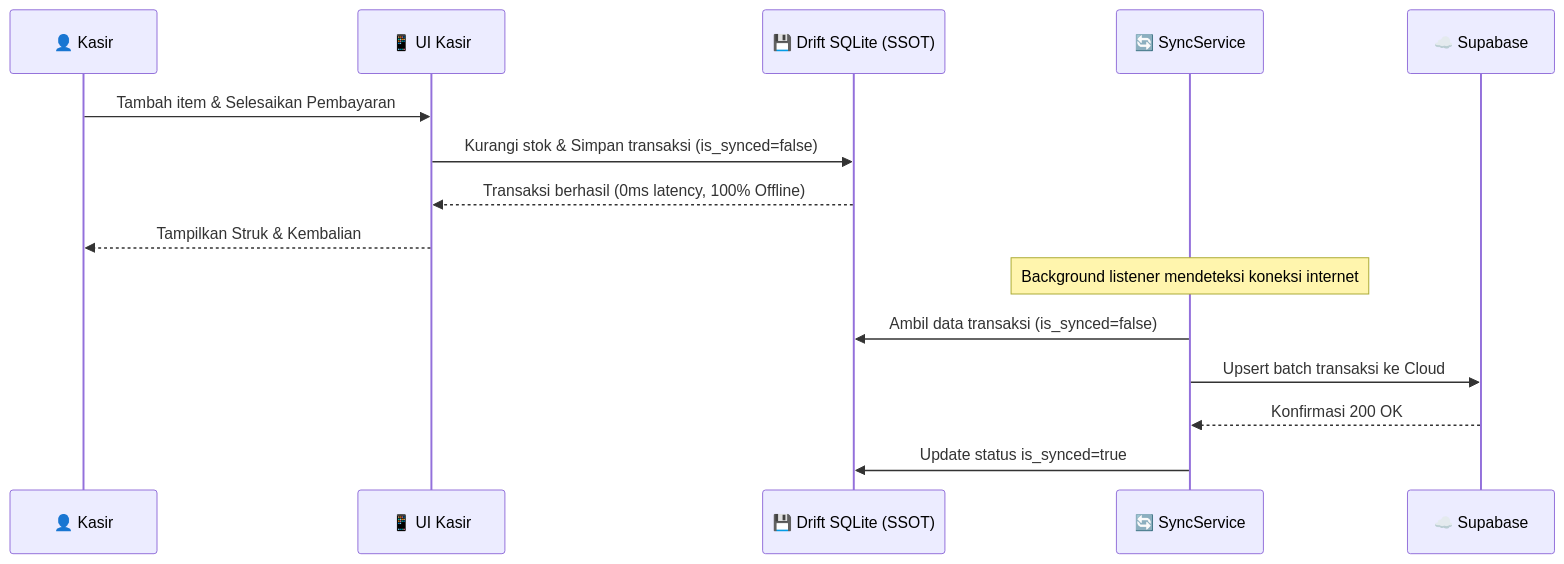
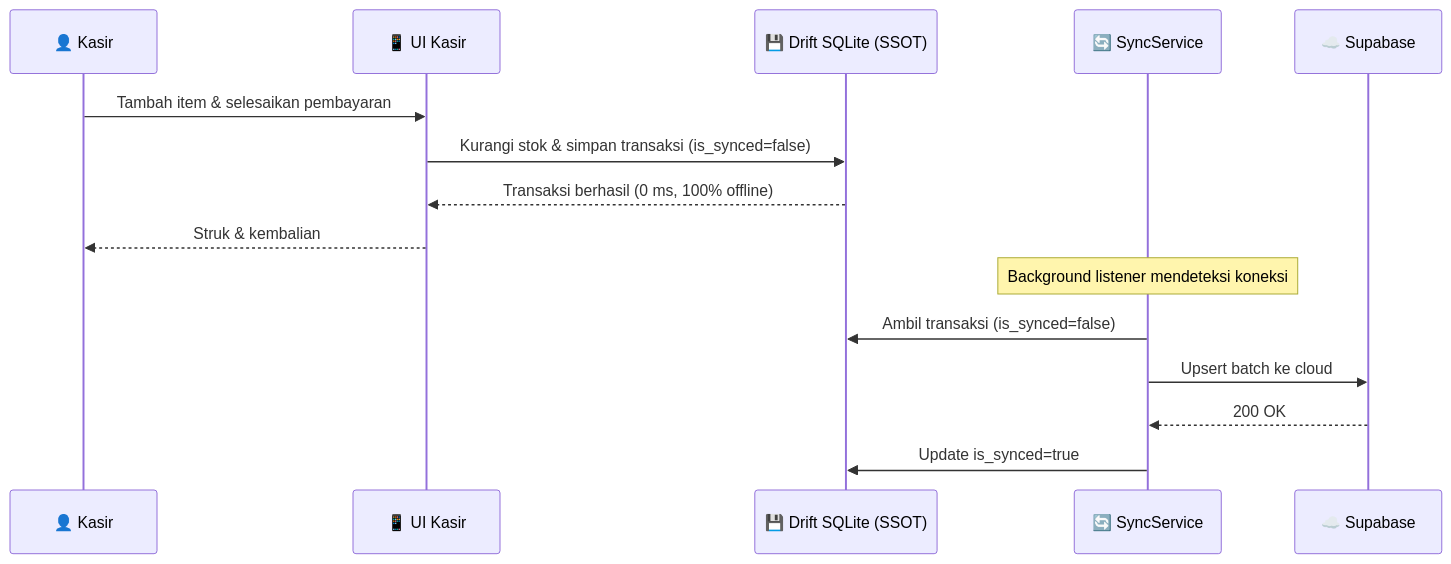
The second of 2 diagrams in README.md (RulyOctareza/UMKM-Pos-Flutter), drawn with Mermaid before and after one commit. The commit also changed other lines of this file and 1 other file, not shown here.

````diff
--- a/README.md
+++ b/README.md
@@ -68,18 +103,18 @@
 ```mermaid
 sequenceDiagram
     participant Kasir as 👤 Kasir
     participant UI as 📱 UI Kasir
     participant Local as 💾 Drift SQLite (SSOT)
     participant Sync as 🔄 SyncService
     participant Cloud as ☁️ Supabase
 
-    Kasir->>UI: Tambah item & Selesaikan Pembayaran
-    UI->>Local: Kurangi stok & Simpan transaksi (is_synced=false)
-    Local-->>UI: Transaksi berhasil (0ms latency, 100% Offline)
-    UI-->>Kasir: Tampilkan Struk & Kembalian
-    Note over Sync: Background listener mendeteksi koneksi internet
-    Sync->>Local: Ambil data transaksi (is_synced=false)
-    Sync->>Cloud: Upsert batch transaksi ke Cloud
-    Cloud-->>Sync: Konfirmasi 200 OK
-    Sync->>Local: Update status is_synced=true
+    Kasir->>UI: Tambah item & selesaikan pembayaran
+    UI->>Local: Kurangi stok & simpan transaksi (is_synced=false)
+    Local-->>UI: Transaksi berhasil (0 ms, 100% offline)
+    UI-->>Kasir: Struk & kembalian
+    Note over Sync: Background listener mendeteksi koneksi
+    Sync->>Local: Ambil transaksi (is_synced=false)
+    Sync->>Cloud: Upsert batch ke cloud
+    Cloud-->>Sync: 200 OK
+    Sync->>Local: Update is_synced=true
 ```
````
